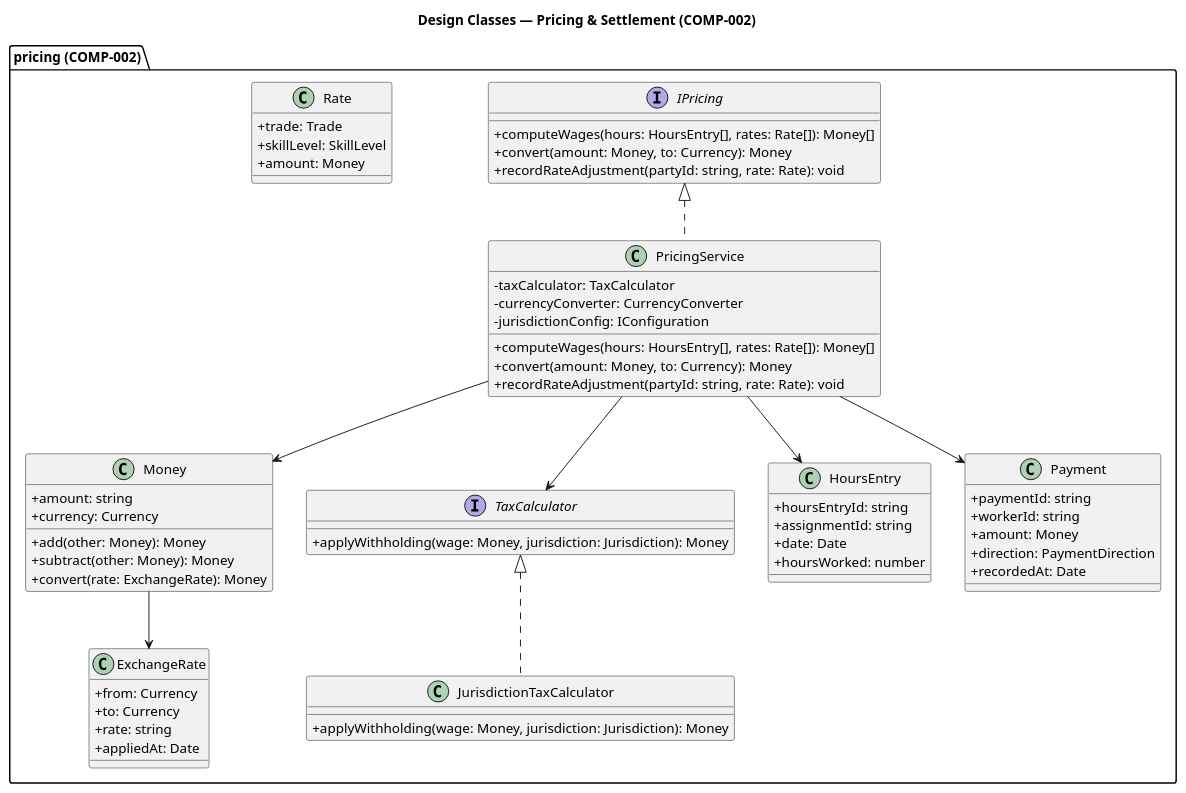
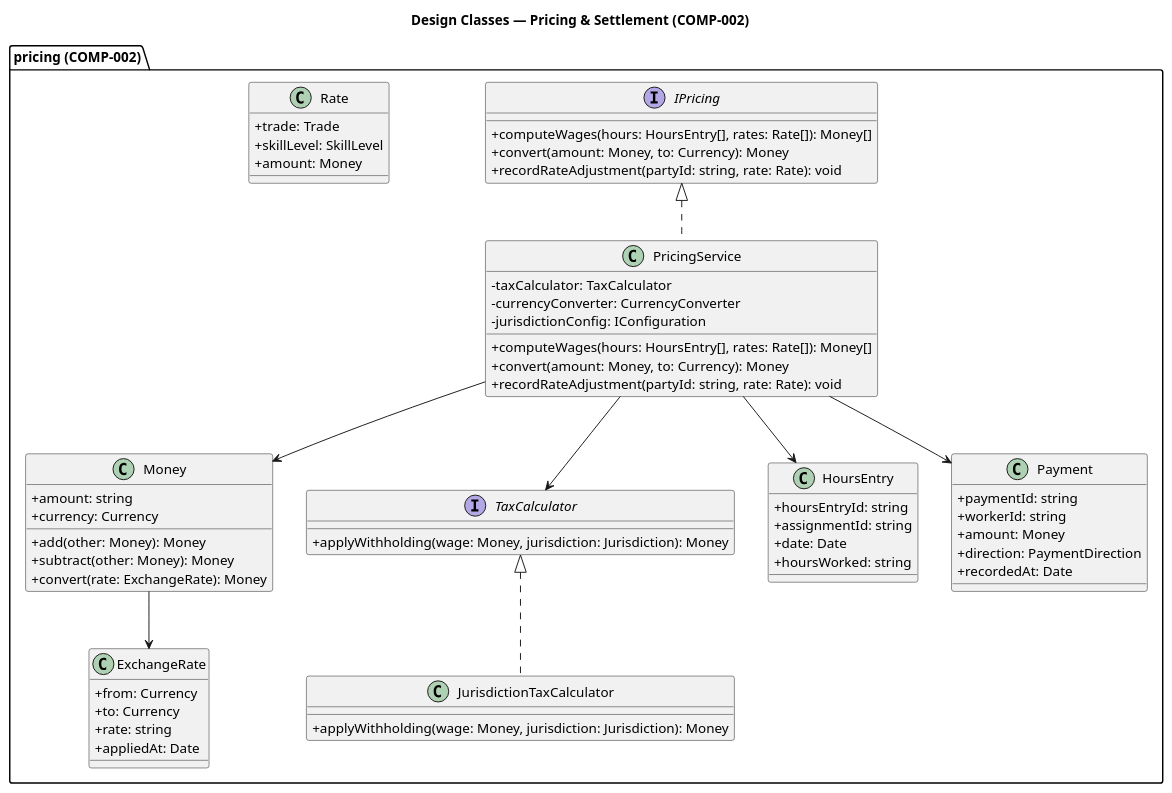
Before and after one commit to banense-test/trademe: the seventh of 12 diagrams in docs/artifacts/analysis---design/design-model.md, drawn with PlantUML. The commit also changed other lines of this file, not shown here.

Commit message:
Designer [E2]: upsert Design Model
[skip ci]

````diff
--- a/docs/artifacts/analysis---design/design-model.md
+++ b/docs/artifacts/analysis---design/design-model.md
@@ -447,65 +446,65 @@
 ```plantuml
 @startuml
 skinparam classAttributeIconSize 0
 title Design Classes — Pricing & Settlement (COMP-002)
 
 package "pricing (COMP-002)" {
   interface IPricing {
     + computeWages(hours: HoursEntry[], rates: Rate[]): Money[]
     + convert(amount: Money, to: Currency): Money
     + recordRateAdjustment(partyId: string, rate: Rate): void
   }
   class PricingService implements IPricing {
     - taxCalculator: TaxCalculator
     - currencyConverter: CurrencyConverter
     - jurisdictionConfig: IConfiguration
     + computeWages(hours: HoursEntry[], rates: Rate[]): Money[]
     + convert(amount: Money, to: Currency): Money
     + recordRateAdjustment(partyId: string, rate: Rate): void
   }
   class Money {
     + amount: string
     + currency: Currency
     + add(other: Money): Money
     + subtract(other: Money): Money
     + convert(rate: ExchangeRate): Money
   }
   class ExchangeRate {
     + from: Currency
     + to: Currency
     + rate: string
     + appliedAt: Date
   }
   interface TaxCalculator {
     + applyWithholding(wage: Money, jurisdiction: Jurisdiction): Money
   }
   class JurisdictionTaxCalculator implements TaxCalculator {
     + applyWithholding(wage: Money, jurisdiction: Jurisdiction): Money
   }
   class HoursEntry {
     + hoursEntryId: string
     + assignmentId: string
     + date: Date
-    + hoursWorked: number
+    + hoursWorked: string
   }
   class Rate {
     + trade: Trade
     + skillLevel: SkillLevel
     + amount: Money
   }
   class Payment {
     + paymentId: string
     + workerId: string
     + amount: Money
     + direction: PaymentDirection
     + recordedAt: Date
   }
 }
 
 PricingService --> TaxCalculator
 PricingService --> Money
 PricingService --> HoursEntry
 PricingService --> Payment
 Money --> ExchangeRate
 @enduml
 ```
````
